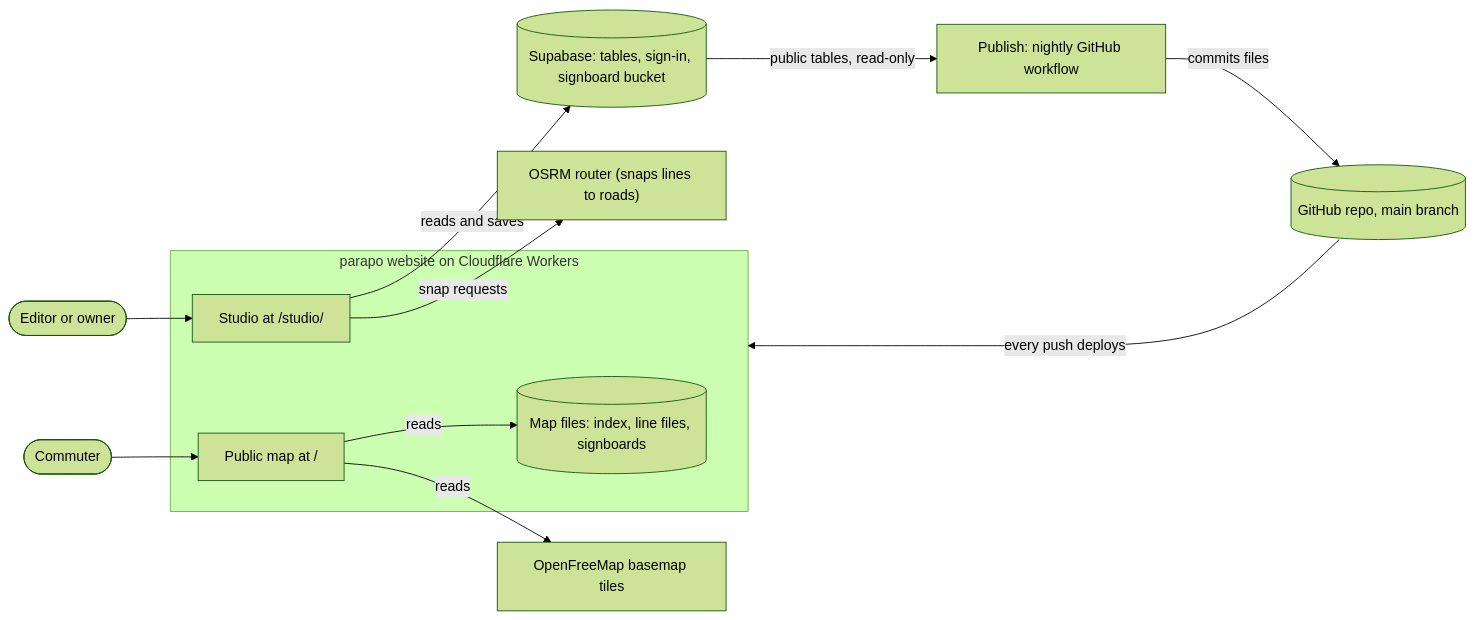
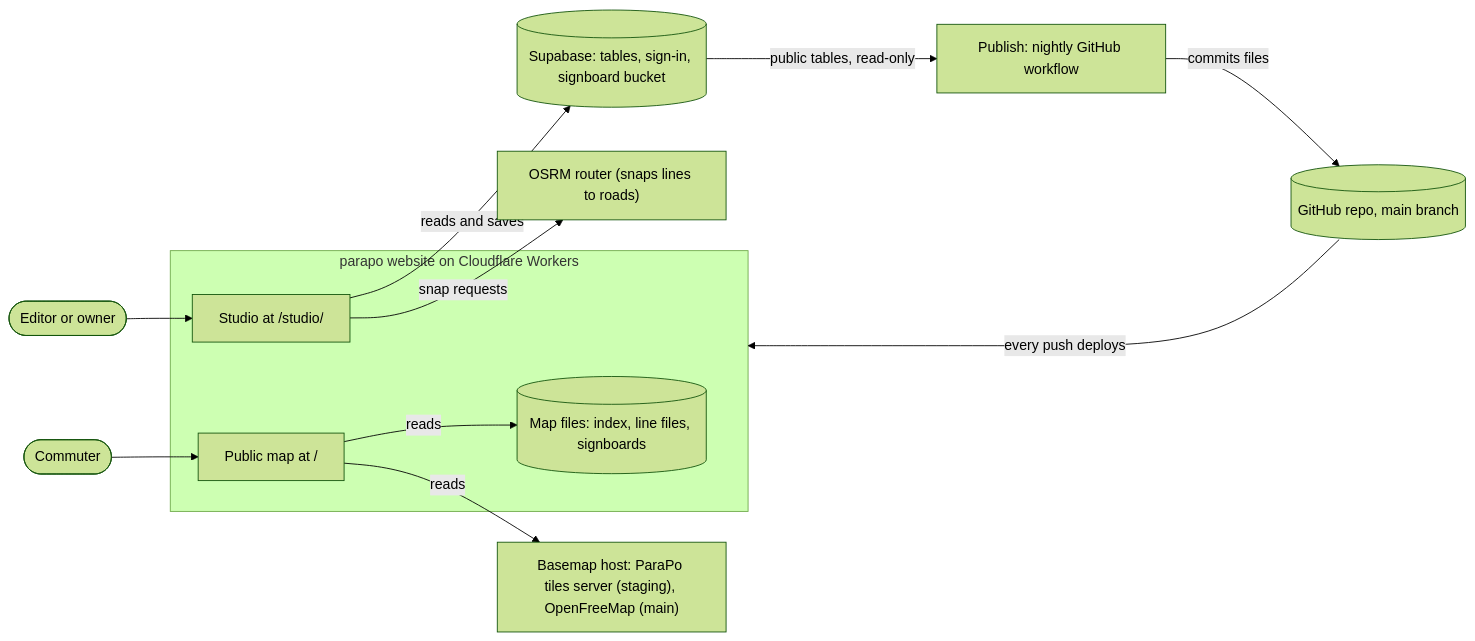
Before and after one commit to ParaOrg/Para: the first of 3 diagrams in docs/system-design.md, drawn with Mermaid (forest theme). The commit also changed other lines of this file and 17 other files, not shown here.

First line of the commit message:
Switch staging to ParaPo's own basemap host

````diff
--- a/docs/system-design.md
+++ b/docs/system-design.md
@@ -12,27 +12,27 @@
 ```mermaid
 flowchart LR
   editor(["Editor or owner"])
   commuter(["Commuter"])
 
   subgraph site["parapo website on Cloudflare Workers"]
     studio["Studio at /studio/"]
     publicmap["Public map at /"]
     files[("Map files: index, line files, signboards")]
   end
 
   db[("Supabase: tables, sign-in, signboard bucket")]
   publish["Publish: nightly GitHub workflow"]
   repo[("GitHub repo, main branch")]
   osrm["OSRM router (snaps lines to roads)"]
-  tiles["OpenFreeMap basemap tiles"]
+  tiles["Basemap host: ParaPo tiles server (staging), OpenFreeMap (main)"]
 
   editor --> studio
   studio -- "reads and saves" --> db
   studio -- "snap requests" --> osrm
   db -- "public tables, read-only" --> publish
   publish -- "commits files" --> repo
   repo -- "every push deploys" --> site
   commuter --> publicmap
   publicmap -- "reads" --> files
   publicmap -- "reads" --> tiles
 ```
````
